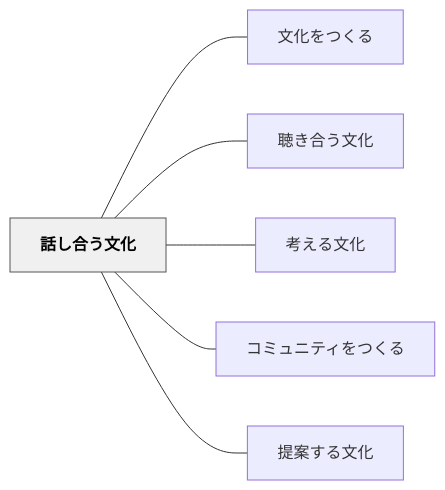
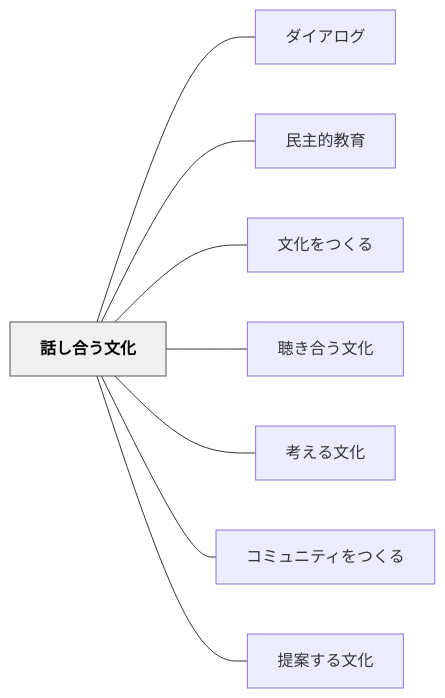
The diagram in content/パタン/話し合う文化.md (unknownthings-ed-patterns/unknownthings-ed-patterns), drawn with Mermaid before and after one commit. The commit also changed other lines of this file and 473 other files, not shown here.

````diff
--- a/content/パタン/話し合う文化.md
+++ b/content/パタン/話し合う文化.md
@@ -110,18 +112,22 @@
 ```mermaid
 flowchart LR
     ne8a9b1e38197["話し合う文化"]
+    ne38380e382a4["ダイアログ"]
+    ne6b091e4b8bb["民主的教育"]
     ne69687e58c96["文化をつくる"]
     ne881b4e3818d["聴き合う文化"]
     ne88083e38188["考える文化"]
     ne382b3e3839f["コミュニティをつくる"]
     ne68f90e6a188["提案する文化"]
 
+    ne8a9b1e38197 --- ne38380e382a4
+    ne8a9b1e38197 --- ne6b091e4b8bb
     ne8a9b1e38197 --- ne69687e58c96
     ne8a9b1e38197 --- ne881b4e3818d
     ne8a9b1e38197 --- ne88083e38188
     ne8a9b1e38197 --- ne382b3e3839f
     ne8a9b1e38197 --- ne68f90e6a188
 
     classDef hub fill:#f0f0f0,stroke:#555,color:#000,font-weight:bold
     class ne8a9b1e38197 hub
 ```
````
